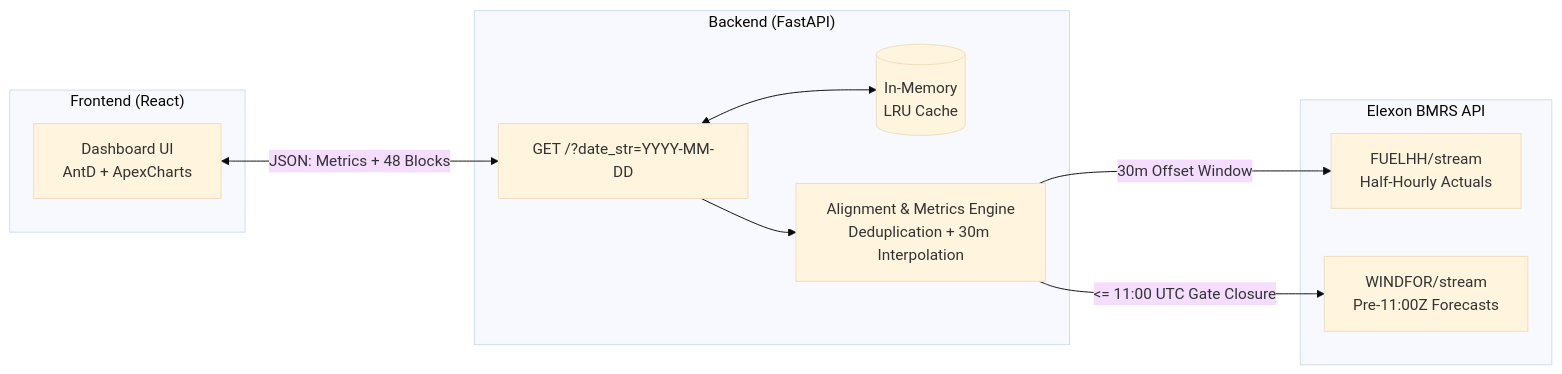
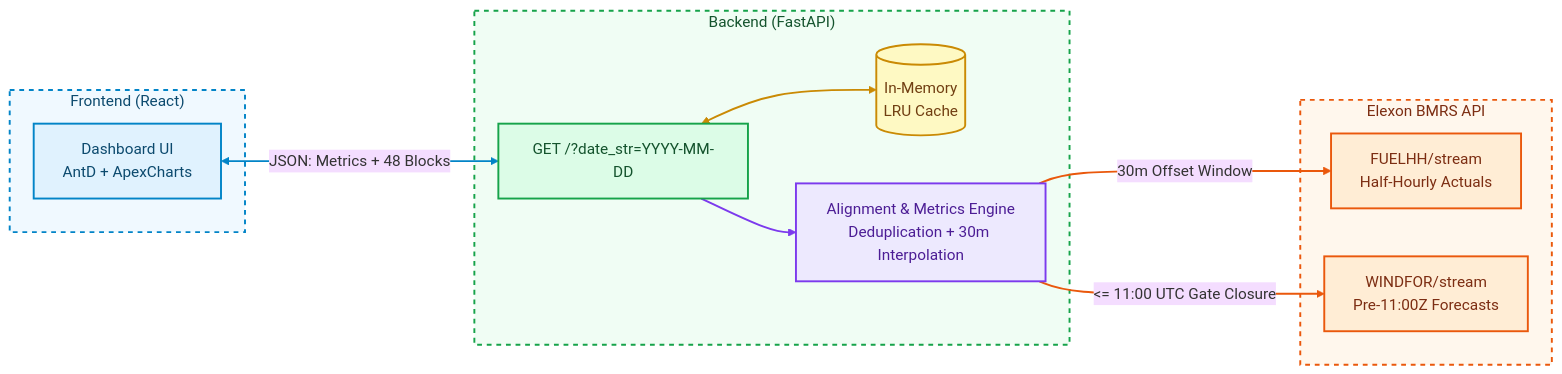
Before and after one commit to CosmoWorker/ihewg: the diagram in README.md, drawn with Mermaid (base theme). The commit also changed 4 other files, not shown here.

````diff
--- a/README.md
+++ b/README.md
@@ -36,23 +36,48 @@
 ```mermaid
 flowchart LR
     subgraph Client ["Frontend (React)"]
         UI[Dashboard UI\nAntD + ApexCharts]
     end
 
     subgraph Server ["Backend (FastAPI)"]
         API[GET /?date_str=YYYY-MM-DD]
         Cache[(In-Memory\nLRU Cache)]
         Engine[Alignment & Metrics Engine\nDeduplication + 30m Interpolation]
     end
 
     subgraph External ["Elexon BMRS API"]
         FUELHH[FUELHH/stream\nHalf-Hourly Actuals]
         WINDFOR[WINDFOR/stream\nPre-11:00Z Forecasts]
     end
 
     UI <-->|JSON: Metrics + 48 Blocks| API
     API <--> Cache
     API --> Engine
     Engine -->|30m Offset Window| FUELHH
     Engine -->|<= 11:00 UTC Gate Closure| WINDFOR
+
+    %% Node styles
+    classDef frontend fill:#e0f2fe,stroke:#0284c7,stroke-width:2px,color:#0c4a6e
+    classDef backend fill:#dcfce7,stroke:#16a34a,stroke-width:2px,color:#14532d
+    classDef cache fill:#fef9c3,stroke:#ca8a04,stroke-width:2px,color:#713f12
+    classDef engine fill:#ede9fe,stroke:#7c3aed,stroke-width:2px,color:#4c1d95
+    classDef external fill:#ffedd5,stroke:#ea580c,stroke-width:2px,color:#7c2d12
+
+    class UI frontend
+    class API backend
+    class Cache cache
+    class Engine engine
+    class FUELHH,WINDFOR external
+
+    %% Subgraph styles
+    style Client fill:#f0f9ff,stroke:#0284c7,stroke-width:2px,stroke-dasharray:5 5,color:#0c4a6e
+    style Server fill:#f0fdf4,stroke:#16a34a,stroke-width:2px,stroke-dasharray:5 5,color:#14532d
+    style External fill:#fff7ed,stroke:#ea580c,stroke-width:2px,stroke-dasharray:5 5,color:#7c2d12
+
+    %% Edge styles (by order of definition)
+    linkStyle 0 stroke:#0284c7,stroke-width:2px
+    linkStyle 1 stroke:#ca8a04,stroke-width:2px
+    linkStyle 2 stroke:#7c3aed,stroke-width:2px
+    linkStyle 3 stroke:#ea580c,stroke-width:2px
+    linkStyle 4 stroke:#ea580c,stroke-width:2px
 ```
````
